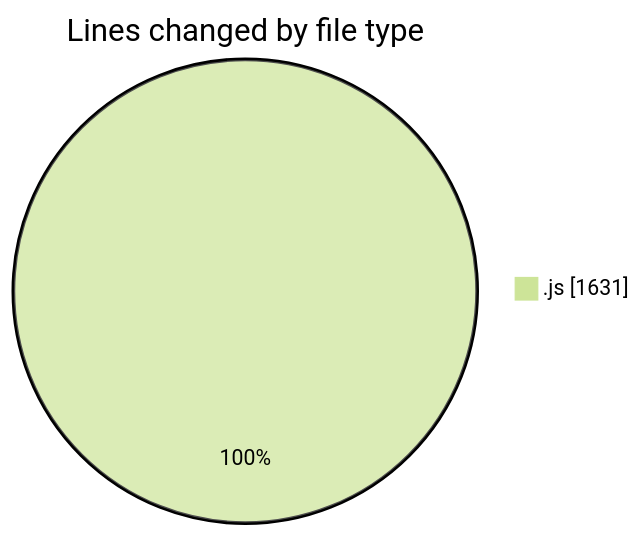
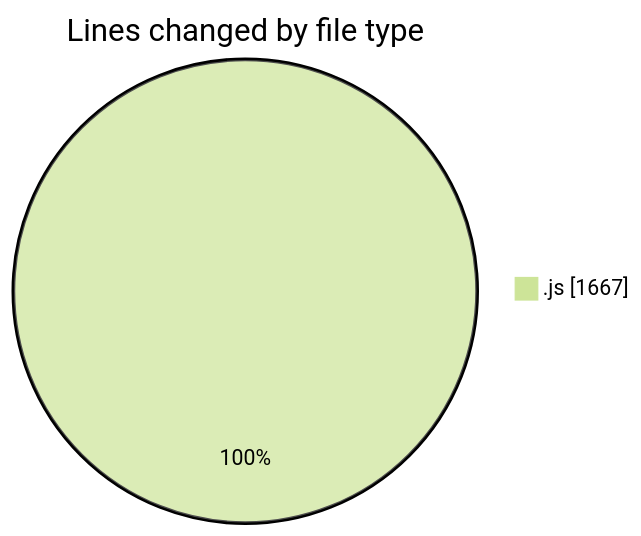
The first of 2 diagrams in 2025-04-03/jsvms/README.md (BS-eng2023/code-tracking), drawn with Mermaid (forest theme) before and after one commit. The commit also changed other lines of this file and 1 other file, not shown here.

````diff
--- a/2025-04-03/jsvms/README.md
+++ b/2025-04-03/jsvms/README.md
@@ -31,5 +31,5 @@
 ```mermaid
 pie showData
 title Lines changed by file type
-".js" : 1631
+".js" : 1667
 ```
````
